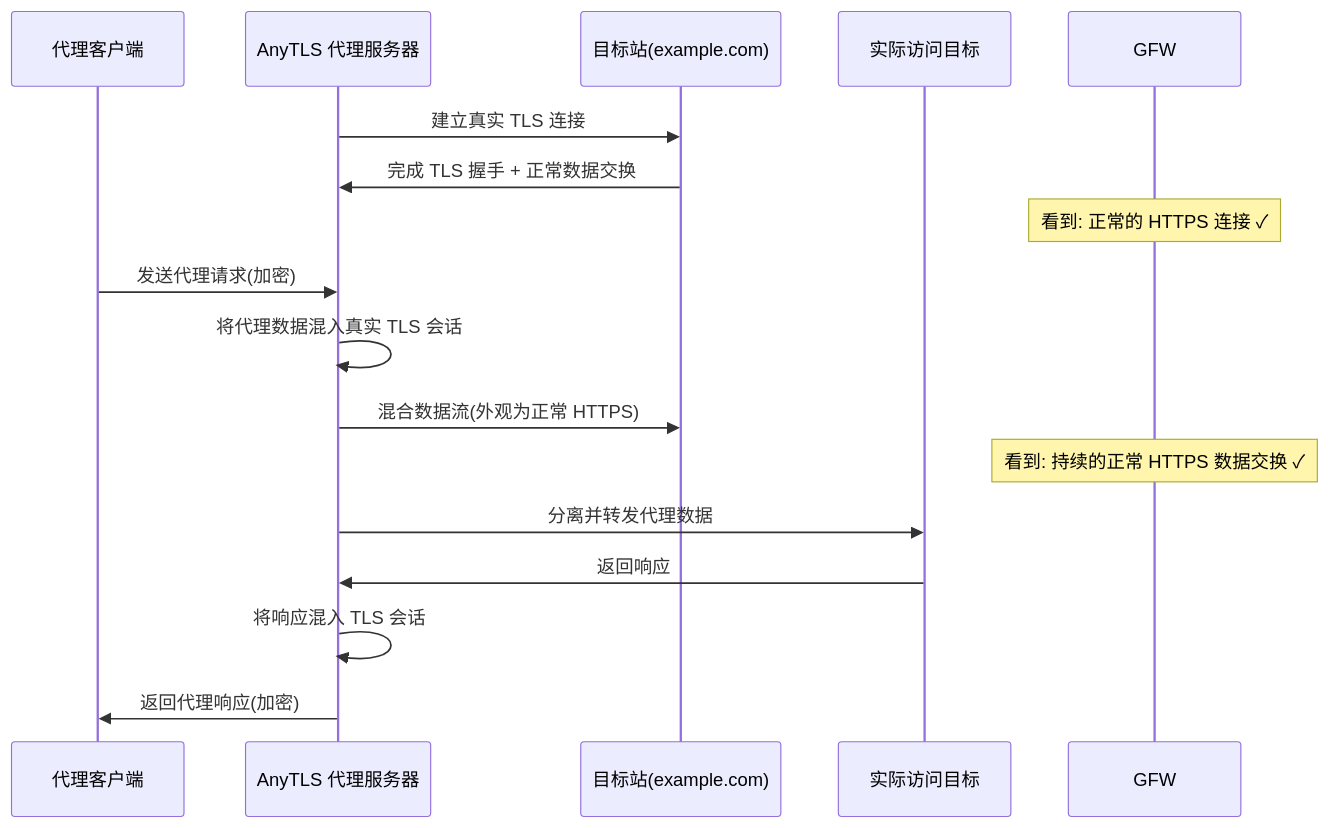
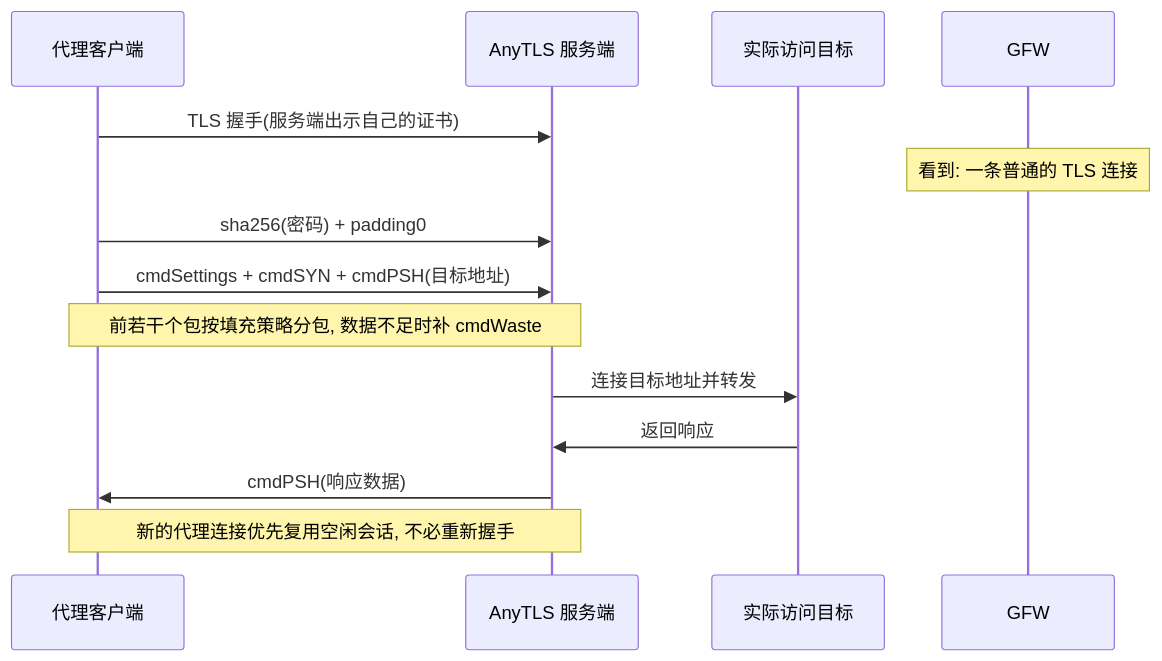
One commit to EdNovas/proxy_wiki changed the first of 3 diagrams in source/_posts/anytls-explained.md. Above: the diagram before and after it, drawn with Mermaid. The commit also changed other lines of this file and 34 other files, not shown here.

````diff
--- a/source/_posts/anytls-explained.md
+++ b/source/_posts/anytls-explained.md
@@ -55,22 +55,18 @@
 ```mermaid
 sequenceDiagram
     participant C as 代理客户端
-    participant S as AnyTLS 代理服务器
-    participant T as 目标站(example.com)
+    participant S as AnyTLS 服务端
     participant D as 实际访问目标
     participant G as GFW
 
-    S->>T: 建立真实 TLS 连接
-    T->>S: 完成 TLS 握手 + 正常数据交换
-    Note over G: 看到: 正常的 HTTPS 连接 ✓
+    C->>S: TLS 握手(服务端出示自己的证书)
+    Note over G: 看到: 一条普通的 TLS 连接
+    C->>S: sha256(密码) + padding0
+    C->>S: cmdSettings + cmdSYN + cmdPSH(目标地址)
+    Note over C,S: 前若干个包按填充策略分包, 数据不足时补 cmdWaste
 
-    C->>S: 发送代理请求(加密)
-    S->>S: 将代理数据混入真实 TLS 会话
-    S->>T: 混合数据流(外观为正常 HTTPS)
-    Note over G: 看到: 持续的正常 HTTPS 数据交换 ✓
-
-    S->>D: 分离并转发代理数据
+    S->>D: 连接目标地址并转发
     D->>S: 返回响应
-    S->>S: 将响应混入 TLS 会话
-    S->>C: 返回代理响应(加密)
+    S->>C: cmdPSH(响应数据)
+    Note over C,S: 新的代理连接优先复用空闲会话, 不必重新握手
 ```
````
